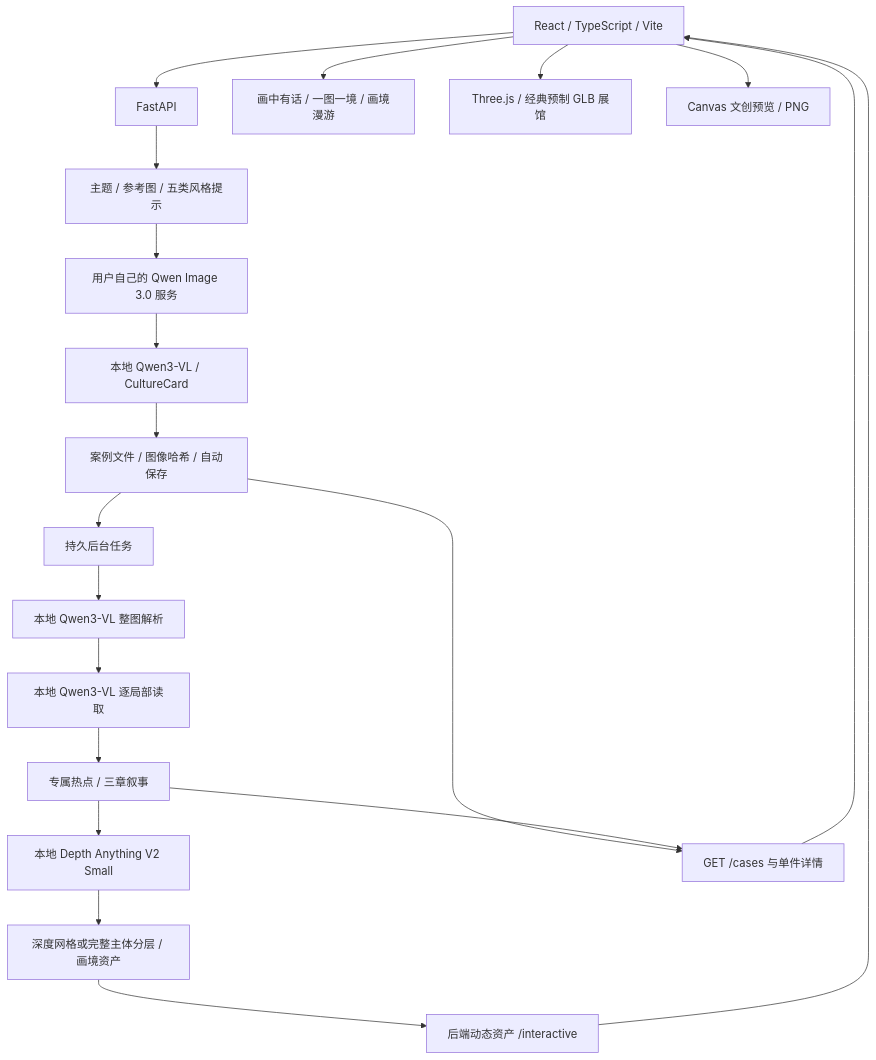
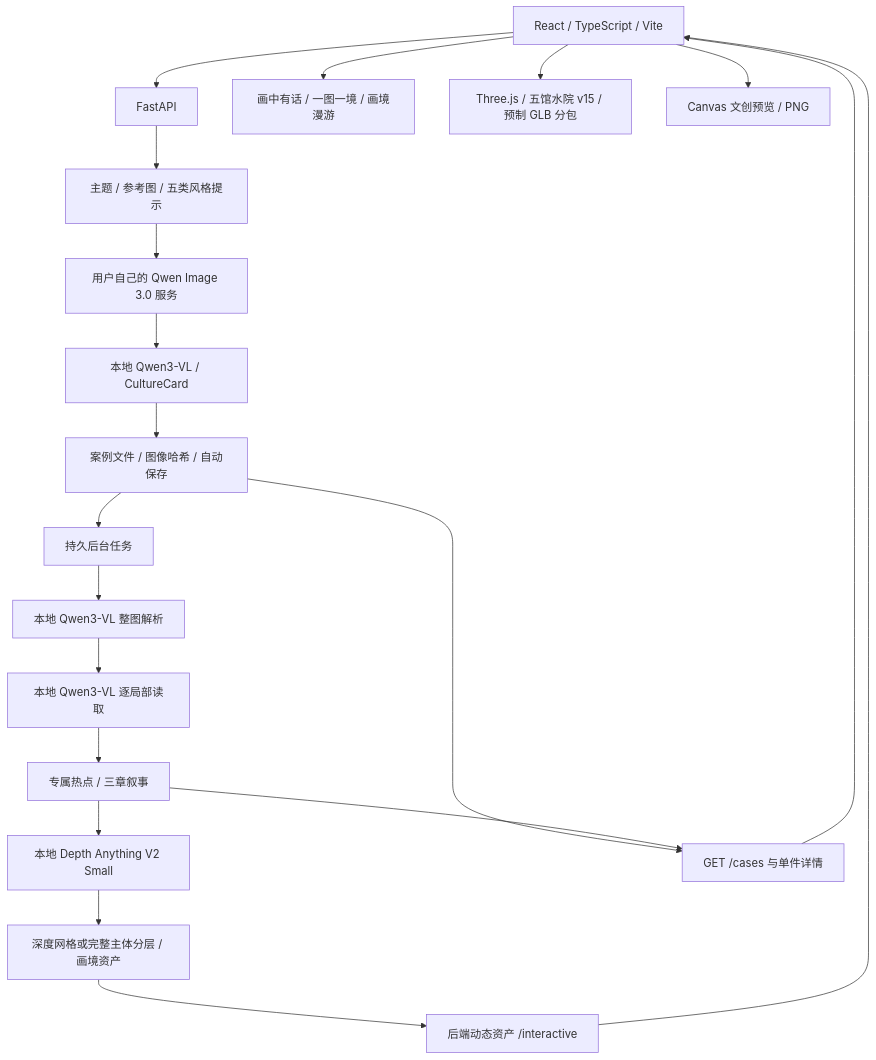
One commit to 3331083641-prog/wenmai-huazhang changed the diagram in docs/architecture.md. Above: the diagram before and after it, drawn with Mermaid. The commit also changed other lines of this file and 32 other files, not shown here.

````diff
--- a/docs/architecture.md
+++ b/docs/architecture.md
@@ -5,22 +5,22 @@
 ```mermaid
 flowchart TD
   UI[React / TypeScript / Vite] --> API[FastAPI]
   API --> PROMPT[主题 / 参考图 / 五类风格提示]
   PROMPT --> IMAGE[用户自己的 Qwen Image 3.0 服务]
   IMAGE --> CARD[本地 Qwen3-VL / CultureCard]
   CARD --> SAVE[案例文件 / 图像哈希 / 自动保存]
   SAVE --> JOB[持久后台任务]
   JOB --> PLAN[本地 Qwen3-VL 整图解析]
   PLAN --> CROP[本地 Qwen3-VL 逐局部读取]
   CROP --> STORY[专属热点 / 三章叙事]
   STORY --> DEPTH[本地 Depth Anything V2 Small]
   DEPTH --> WORLD[深度网格或完整主体分层 / 画境资产]
   SAVE --> CASES[GET /cases 与单件详情]
   STORY --> CASES
   WORLD --> ASSETS[后端动态资产 /interactive]
   CASES --> UI
   ASSETS --> UI
   UI --> READ[画中有话 / 一图一境 / 画境漫游]
-  UI --> HALL[Three.js / 经典预制 GLB 展馆]
+  UI --> HALL[Three.js / 五馆水院 v15 / 预制 GLB 分包]
   UI --> PRODUCT[Canvas 文创预览 / PNG]
 ```
````
